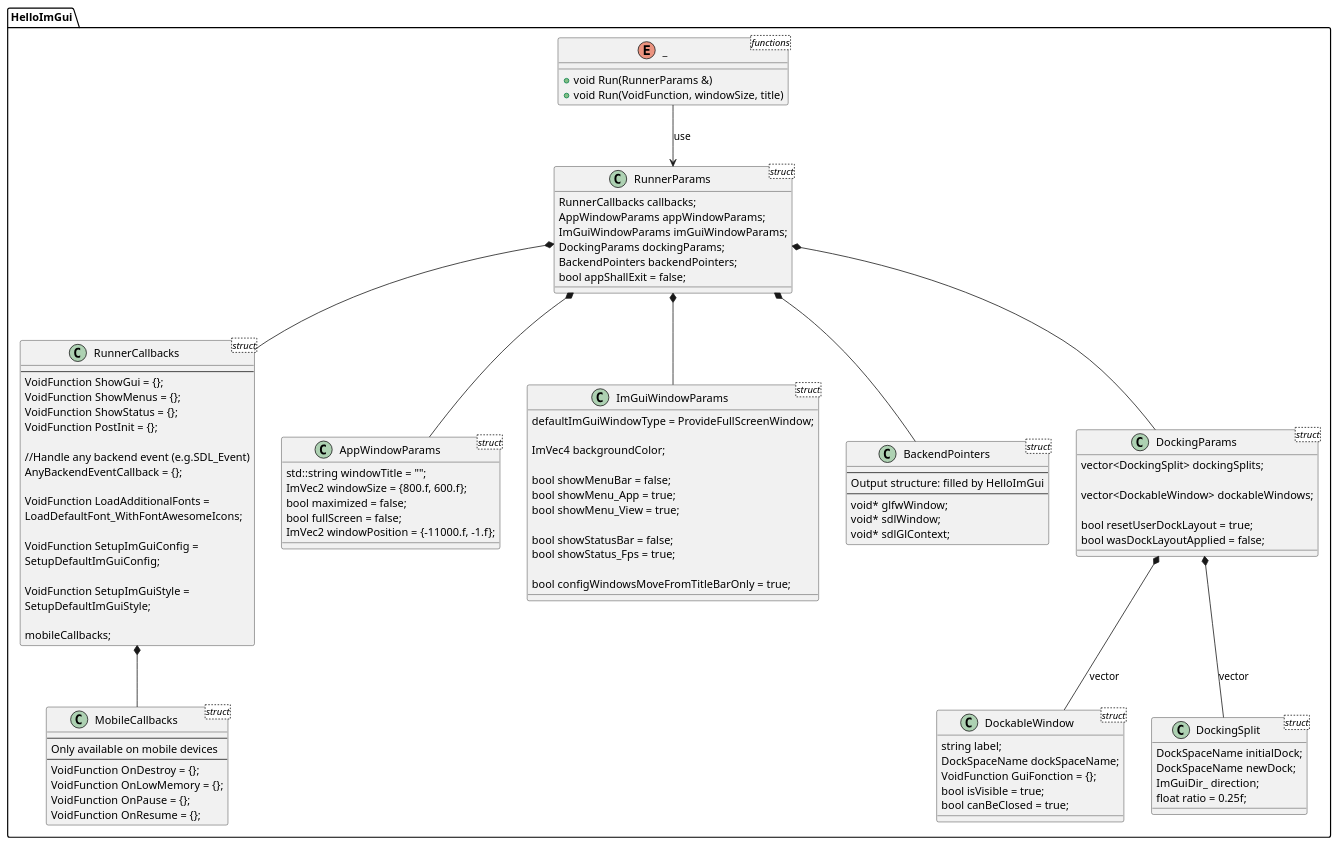
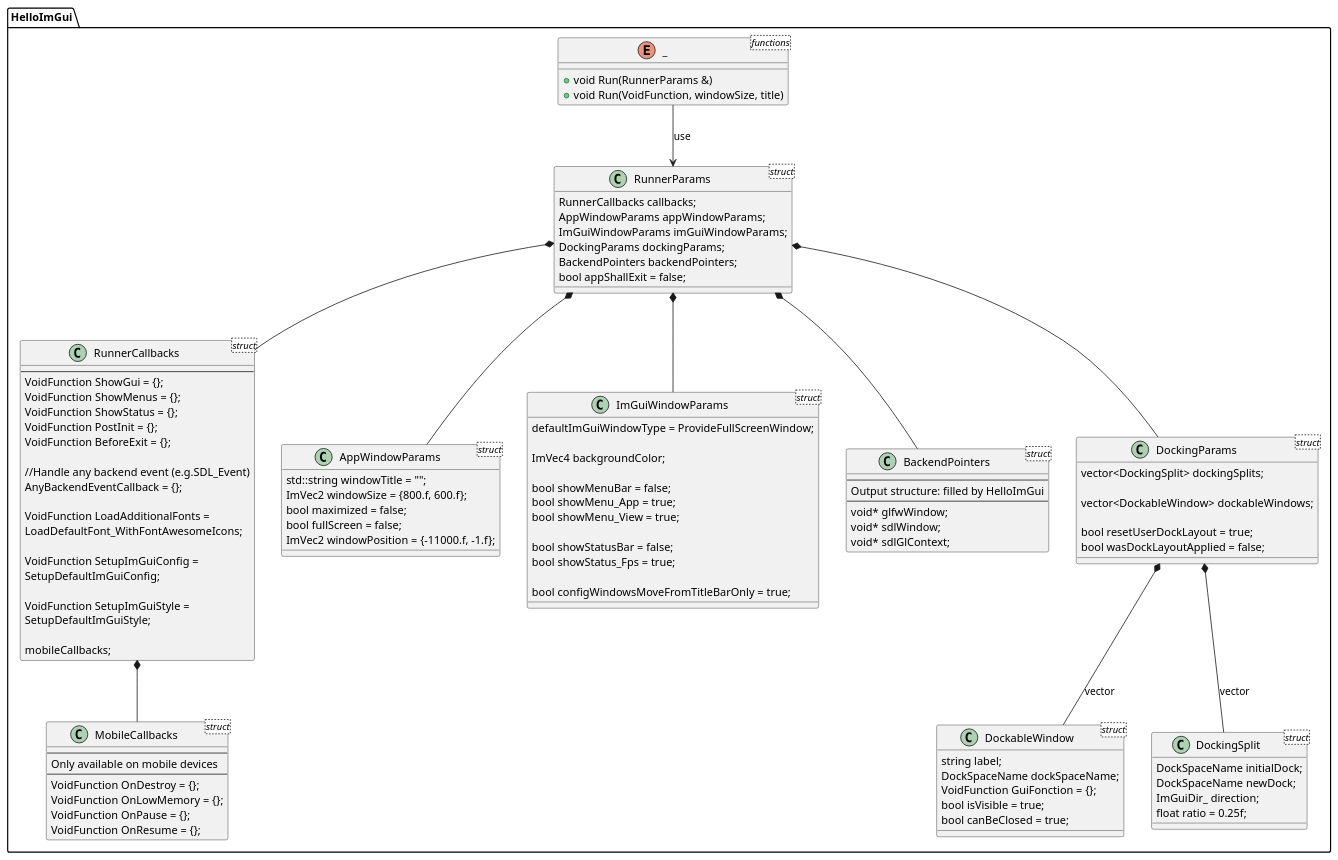
The diagram in src/hello_imgui/doc_src/hello_imgui_diagram.puml (pthom/hello_imgui), drawn with PlantUML before and after one commit. The commit also changed 1 other file, not shown here.

Commit message:
Add callback 'BeforeExit' : Doc

```diff
--- a/src/hello_imgui/doc_src/hello_imgui_diagram.puml
+++ b/src/hello_imgui/doc_src/hello_imgui_diagram.puml
@@ -1,119 +1,120 @@
 @startuml
 namespace HelloImGui {
 
 enum _ <functions>{
     + void Run(RunnerParams &)
     + void Run(VoidFunction, windowSize, title)
 }
 
 _ --> RunnerParams: use
 
 class RunnerParams <struct> {
     RunnerCallbacks callbacks;
     AppWindowParams appWindowParams;
     ImGuiWindowParams imGuiWindowParams;
     DockingParams dockingParams;
     BackendPointers backendPointers;
     bool appShallExit = false;
 }
 
 class RunnerCallbacks <struct> {
     ---
     VoidFunction ShowGui = {};
     VoidFunction ShowMenus = {};
     VoidFunction ShowStatus = {};
     VoidFunction PostInit = {};
+    VoidFunction BeforeExit = {};
 
     //Handle any backend event (e.g.SDL_Event)
     AnyBackendEventCallback = {};
 
     VoidFunction LoadAdditionalFonts =
        LoadDefaultFont_WithFontAwesomeIcons;
 
     VoidFunction SetupImGuiConfig = 
       SetupDefaultImGuiConfig;
 
     VoidFunction SetupImGuiStyle = 
       SetupDefaultImGuiStyle;
 
     mobileCallbacks;
 }
 
 class MobileCallbacks <struct>{
     ---
     Only available on mobile devices
     ---
     VoidFunction OnDestroy = {};
     VoidFunction OnLowMemory = {};
     VoidFunction OnPause = {};
     VoidFunction OnResume = {};
 }
 RunnerCallbacks *-- MobileCallbacks
 
 class AppWindowParams <struct> {
     std::string windowTitle = "";
     ImVec2 windowSize = {800.f, 600.f};
     bool maximized = false;
     bool fullScreen = false;
     ImVec2 windowPosition = {-11000.f, -1.f};
 }
 
 class ImGuiWindowParams <struct> {
     defaultImGuiWindowType = ProvideFullScreenWindow;
 
     ImVec4 backgroundColor;
 
     bool showMenuBar = false;
     bool showMenu_App = true;
     bool showMenu_View = true;
 
     bool showStatusBar = false;
     bool showStatus_Fps = true;
 
     bool configWindowsMoveFromTitleBarOnly = true;
 }
 
 class BackendPointers <struct> {
   ---
   Output structure: filled by HelloImGui
   ---
   void* glfwWindow;
   void* sdlWindow;
   void* sdlGlContext;
 }
 
 class DockingParams <struct> {
     vector<DockingSplit> dockingSplits;
 
     vector<DockableWindow> dockableWindows;
 
     bool resetUserDockLayout = true;
     bool wasDockLayoutApplied = false;
 }
 
 class DockableWindow <struct> {
     string label;
     DockSpaceName dockSpaceName;
     VoidFunction GuiFonction = {};
     bool isVisible = true;
     bool canBeClosed = true;
 }
 
 class DockingSplit <struct> {
     DockSpaceName initialDock;
     DockSpaceName newDock;
     ImGuiDir_ direction;
     float ratio = 0.25f;
 }
 
 
 RunnerParams *-- RunnerCallbacks
 RunnerParams *-- AppWindowParams
 RunnerParams *-- ImGuiWindowParams
 RunnerParams *-- BackendPointers
 RunnerParams *-- DockingParams
 DockingParams *-- DockableWindow : vector
 DockingParams *-- DockingSplit : vector
 
 }
 @enduml
```
